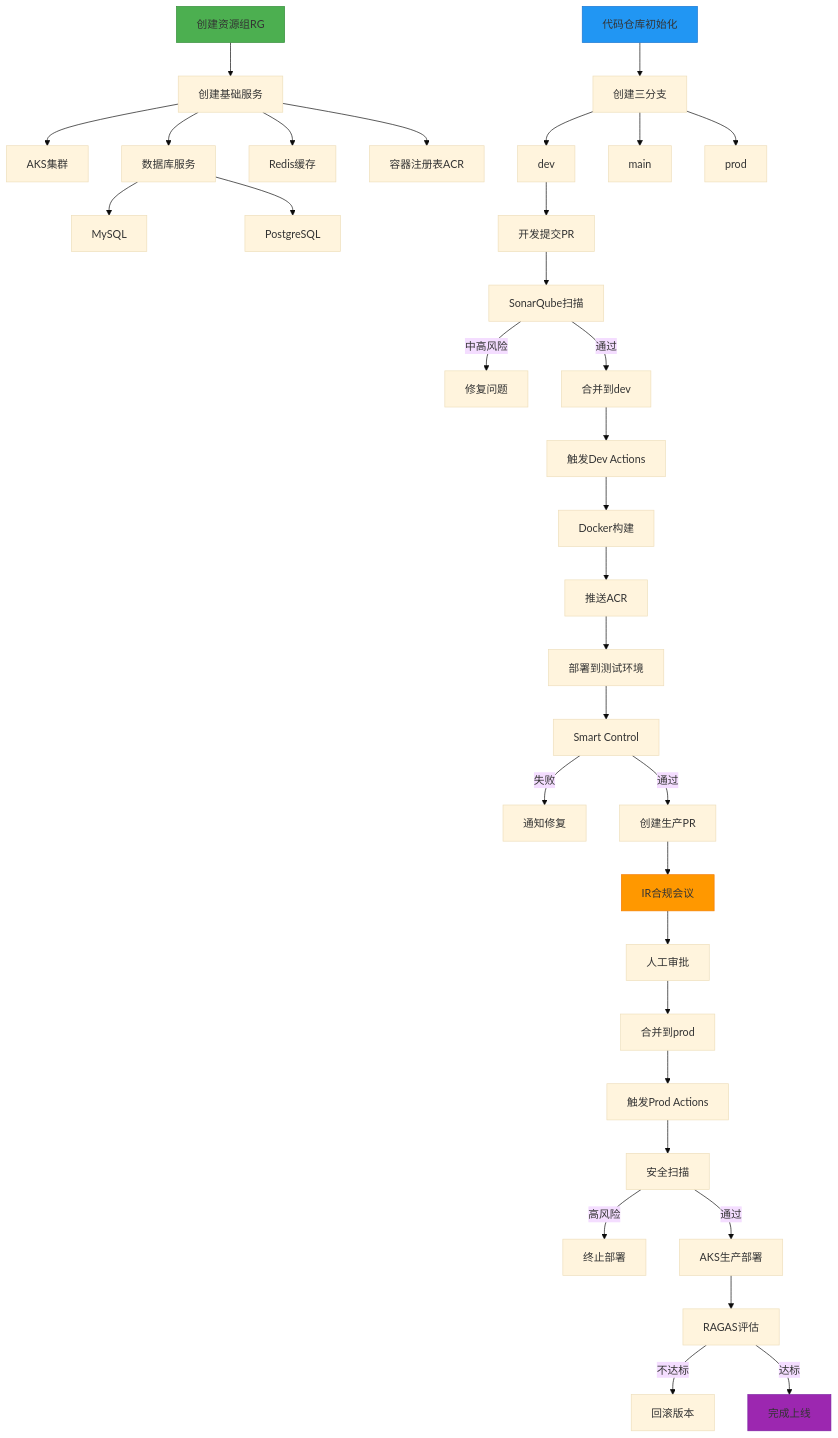
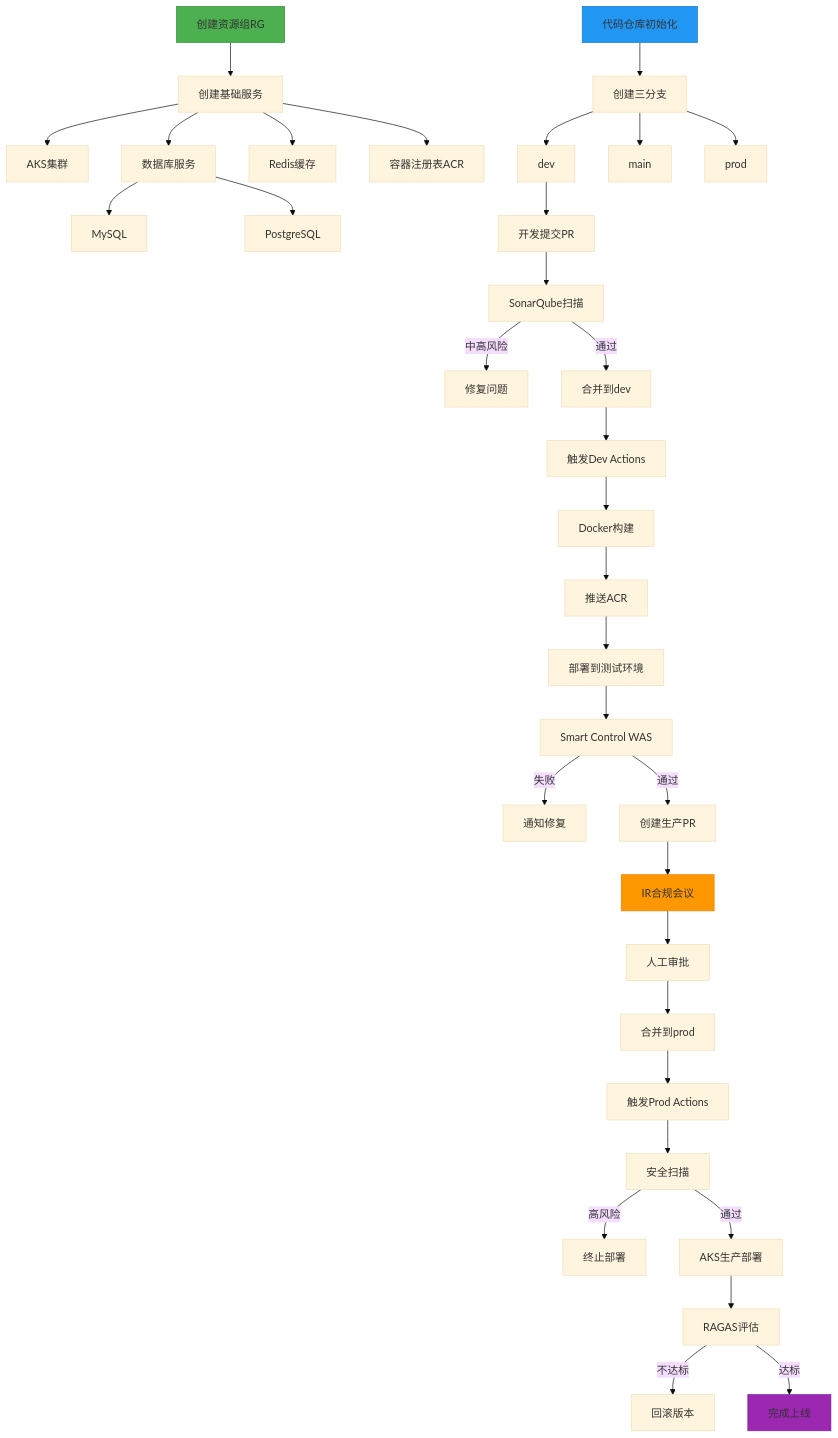
The diagram in all/未命名-1.md (funnyData/iodraw-files), drawn with Mermaid (base theme) before and after one commit.

Commit message:
2025-02-27 01:16:18 update

````diff
--- a/all/未命名-1.md
+++ b/all/未命名-1.md
@@ -1,47 +1,47 @@
 ```mermaid
 graph TD
     A[创建资源组RG] --> B[创建基础服务]
     B --> C[AKS集群]
     B --> D[数据库服务]
     D --> DA[MySQL]
     D --> DB[PostgreSQL]
     B --> E[Redis缓存]
     B --> F[容器注册表ACR]
     
     G[代码仓库初始化] --> H[创建三分支]
     H --> I[dev]
     H --> J[main]
     H --> K[prod]
     
     I --> L[开发提交PR]
     L --> M[SonarQube扫描]
     M -->|中高风险| N[修复问题]
     M -->|通过| O[合并到dev]
     
     O --> P[触发Dev Actions]
     P --> Q[Docker构建]
     Q --> R[推送ACR]
     R --> S[部署到测试环境]
     
-    S --> T[Smart Control]
+    S --> T[Smart Control WAS]
     T -->|失败| U[通知修复]
     T -->|通过| V[创建生产PR]
     
     V --> W[IR合规会议]
     W --> X[人工审批]
     X --> Y[合并到prod]
     
     Y --> Z[触发Prod Actions]
     Z --> AA[安全扫描]
     AA -->|高风险| AB[终止部署]
     AA -->|通过| AC[AKS生产部署]
     
     AC --> AD[RAGAS评估]
     AD -->|不达标| AE[回滚版本]
     AD -->|达标| AF[完成上线]
     
     style A fill:#4CAF50,stroke:#388E3C
     style G fill:#2196F3,stroke:#1976D2
     style W fill:#FF9800,stroke:#F57C00
     style AF fill:#9C27B0,stroke:#7B1FA2
 ```
````
